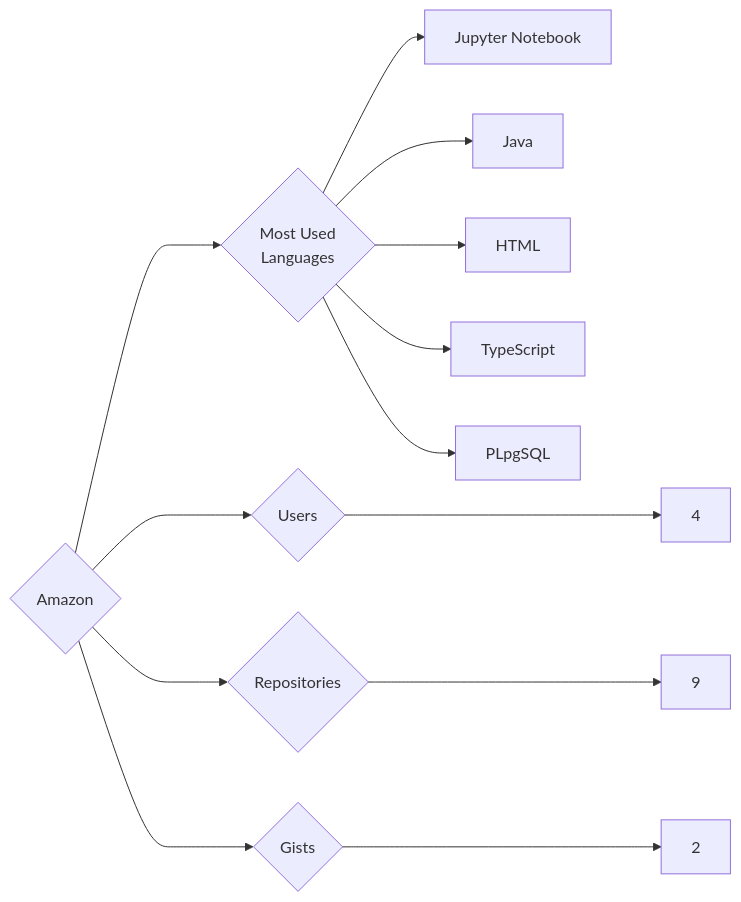
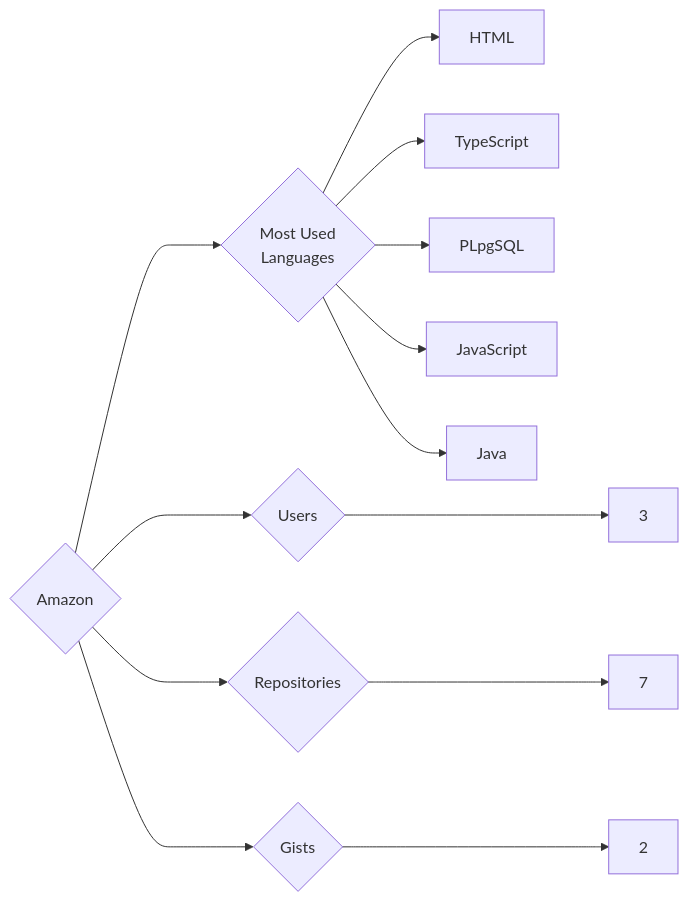
The diagram in targets/Amazon/README.md (trickest/insiders), drawn with Mermaid before and after one commit. The commit also changed 985 other files, not shown here.

````diff
--- a/targets/Amazon/README.md
+++ b/targets/Amazon/README.md
@@ -3,13 +3,13 @@
 ```mermaid
 graph LR
 COMPANY_NAME{Amazon}
-COMPANY_NAME ---> U{Users} ---> UN[4]
-COMPANY_NAME ---> R{Repositories} ---> RN[9]
+COMPANY_NAME ---> U{Users} ---> UN[3]
+COMPANY_NAME ---> R{Repositories} ---> RN[7]
 COMPANY_NAME ---> G{Gists} ---> GN[2]
 COMPANY_NAME ---> ML{Most Used<br>Languages}
-ML --> Jupyter_Notebook[Jupyter Notebook]
-ML --> Java[Java]
 ML --> HTML[HTML]
 ML --> TypeScript[TypeScript]
 ML --> PLpgSQL[PLpgSQL]
+ML --> JavaScript[JavaScript]
+ML --> Java[Java]
 ```
````
